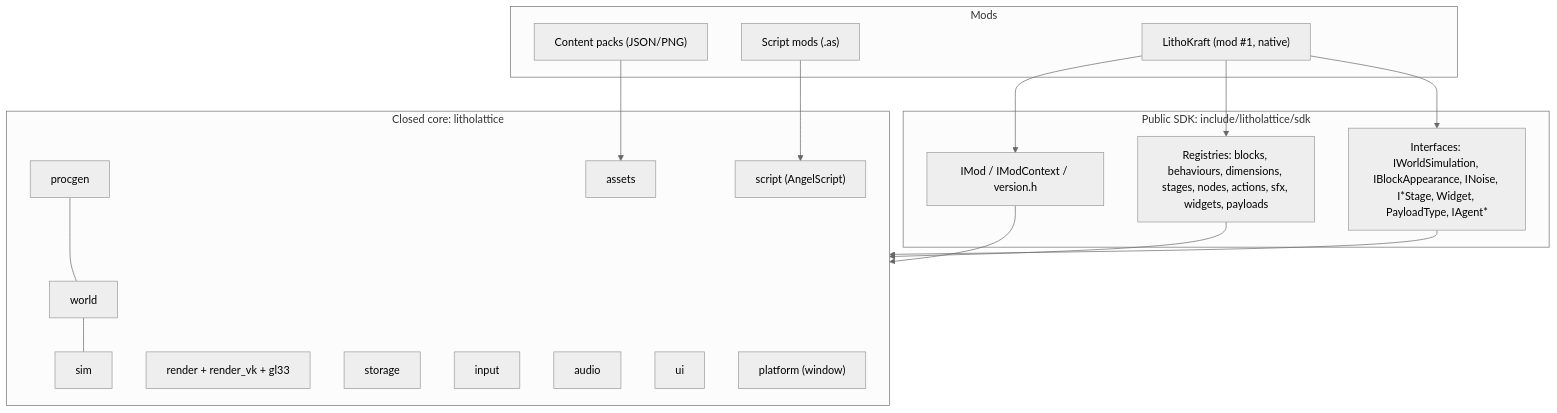
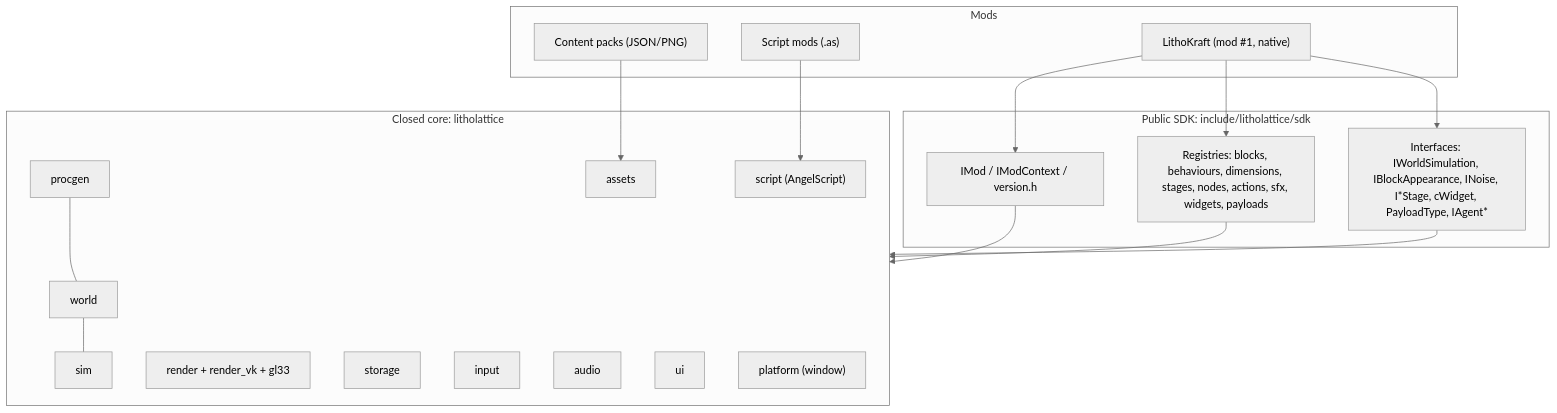
One commit to wetwaferworks/LithoKraft changed the first of 3 diagrams in docs/SDK.md. Above: the diagram before and after it, drawn with Mermaid (neutral theme). The commit also changed other lines of this file and 98 other files, not shown here.

````diff
--- a/docs/SDK.md
+++ b/docs/SDK.md
@@ -178,33 +178,33 @@
 ```mermaid
 flowchart TB
   subgraph Mods
     LK["LithoKraft (mod #1, native)"]
     SM["Script mods (.as)"]
     CP["Content packs (JSON/PNG)"]
   end
   subgraph SDK["Public SDK: include/litholattice/sdk"]
     MODAPI["IMod / IModContext / version.h"]
     REG["Registries: blocks, behaviours, dimensions, stages, nodes, actions, sfx, widgets, payloads"]
-    IFC["Interfaces: IWorldSimulation, IBlockAppearance, INoise, I*Stage, Widget, PayloadType, IAgent*"]
+    IFC["Interfaces: IWorldSimulation, IBlockAppearance, INoise, I*Stage, cWidget, PayloadType, IAgent*"]
   end
   subgraph Core["Closed core: litholattice"]
     WORLD[world] --- SIM[sim]
     PROC[procgen] --- WORLD
     RENDER["render + render_vk + gl33"]
     STORE[storage]
     ASSETS[assets]
     INPUT[input]
     AUDIO[audio]
     UI[ui]
     SCRIPT["script (AngelScript)"]
     PLAT["platform (window)"]
   end
   LK --> MODAPI
   LK --> REG
   LK --> IFC
   SM --> SCRIPT
   CP --> ASSETS
   MODAPI --> Core
   REG --> Core
   IFC --> Core
 ```
````
